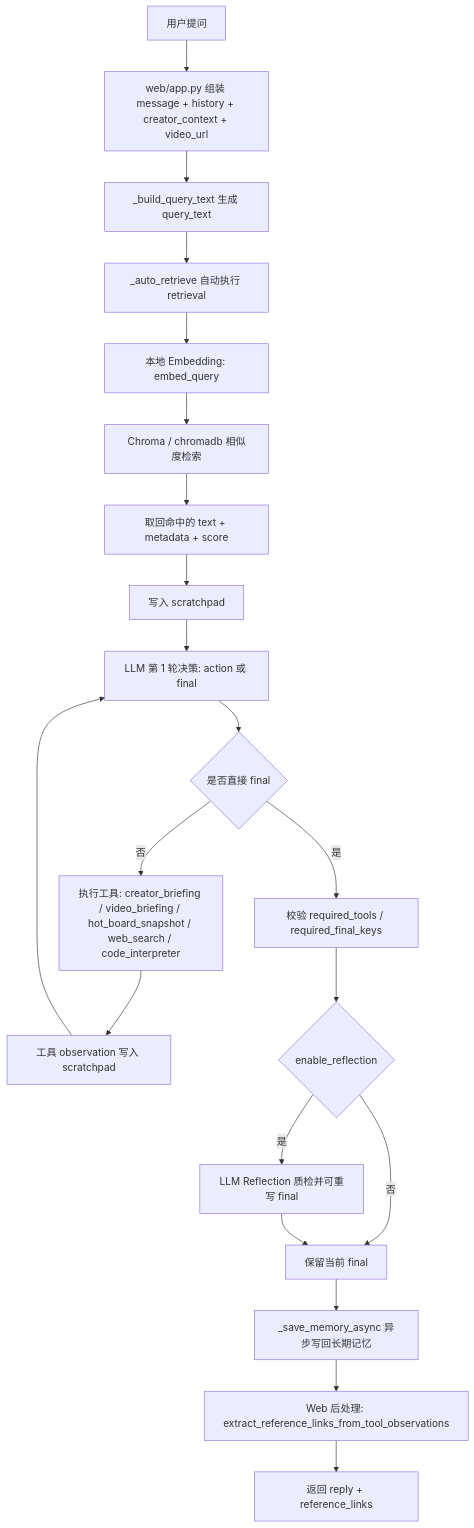
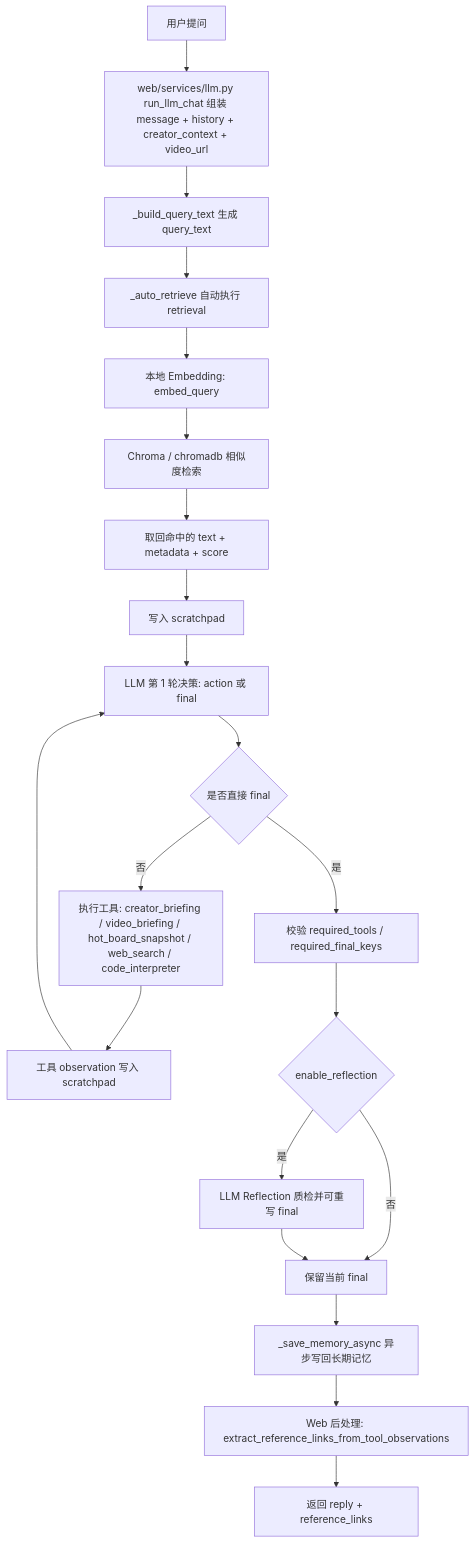
The diagram in docs/08_Agent智能体模块专项技术文档.md (zhangzhanglaila/BilibiliAgent), drawn with Mermaid before and after one commit. The commit also changed other lines of this file and 40 other files, not shown here.

````diff
--- a/docs/08_Agent智能体模块专项技术文档.md
+++ b/docs/08_Agent智能体模块专项技术文档.md
@@ -828,23 +821,23 @@
 ```mermaid
 flowchart TD
-    A[用户提问] --> B[web/app.py 组装 message + history + creator_context + video_url]
+    A[用户提问] --> B[web/services/llm.py run_llm_chat 组装 message + history + creator_context + video_url]
     B --> C[_build_query_text 生成 query_text]
     C --> D[_auto_retrieve 自动执行 retrieval]
     D --> E[本地 Embedding: embed_query]
     E --> F[Chroma / chromadb 相似度检索]
     F --> G[取回命中的 text + metadata + score]
     G --> H[写入 scratchpad]
     H --> I[LLM 第 1 轮决策: action 或 final]
     I --> J{是否直接 final}
     J -->|否| K[执行工具: creator_briefing / video_briefing / hot_board_snapshot / web_search / code_interpreter]
     K --> L[工具 observation 写入 scratchpad]
     L --> I
     J -->|是| M[校验 required_tools / required_final_keys]
     M --> N{enable_reflection}
     N -->|是| O[LLM Reflection 质检并可重写 final]
     N -->|否| P[保留当前 final]
     O --> P
     P --> Q[_save_memory_async 异步写回长期记忆]
     Q --> R[Web 后处理: extract_reference_links_from_tool_observations]
     R --> S[返回 reply + reference_links]
 ```
````
